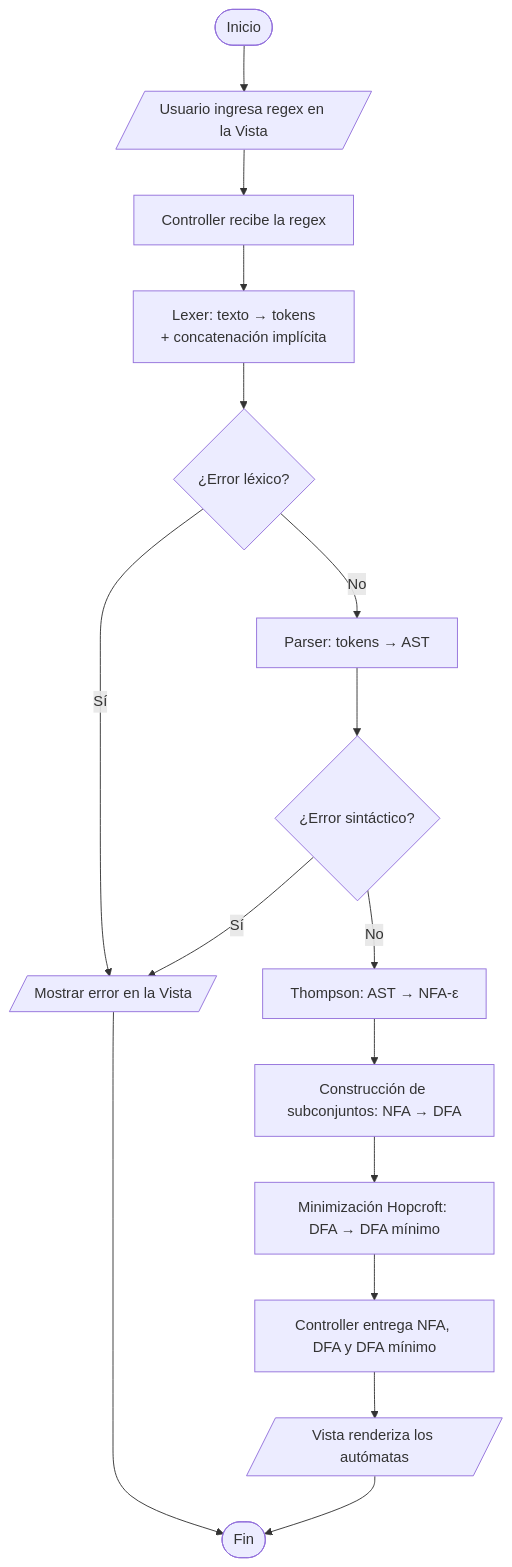
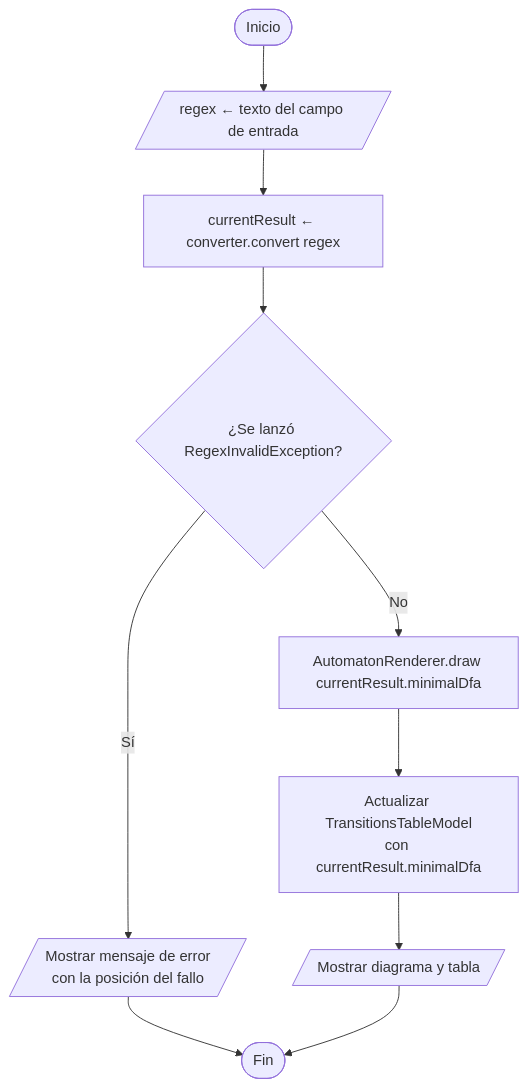
Before and after one commit to Leosanlo30/RegEx-to-DFA-Visualizer: the first of 2 diagrams in docs/diagramas/00-pipeline.md, drawn with Mermaid. The commit also changed other lines of this file and 10 other files, not shown here.

Commit message:
docs: alinear diagramas de flujo con UML.md y REQUIREMENTS.md

````diff
--- a/docs/diagramas/00-pipeline.md
+++ b/docs/diagramas/00-pipeline.md
@@ -5,18 +8,12 @@
 ```mermaid
 flowchart TD
-    A([Inicio]) --> B[/Usuario ingresa regex en la Vista/]
-    B --> C[Controller recibe la regex]
-    C --> D[Lexer: texto → tokens<br/>+ concatenación implícita]
-    D --> E{¿Error léxico?}
-    E -- Sí --> X[/Mostrar error en la Vista/]
-    E -- No --> F[Parser: tokens → AST]
-    F --> G{¿Error sintáctico?}
-    G -- Sí --> X
-    G -- No --> H[Thompson: AST → NFA-ε]
-    H --> I[Construcción de subconjuntos: NFA → DFA]
-    I --> J[Minimización Hopcroft: DFA → DFA mínimo]
-    J --> K[Controller entrega NFA, DFA y DFA mínimo]
-    K --> L[/Vista renderiza los autómatas/]
-    L --> M([Fin])
-    X --> M
+    A([Inicio]) --> B[/regex ← texto del campo de entrada/]
+    B --> C[currentResult ← converter.convert regex]
+    C --> D{¿Se lanzó RegexInvalidException?}
+    D -- Sí --> E[/Mostrar mensaje de error<br/>con la posición del fallo/]
+    D -- No --> F[AutomatonRenderer.draw currentResult.minimalDfa]
+    F --> G[Actualizar TransitionsTableModel<br/>con currentResult.minimalDfa]
+    G --> H[/Mostrar diagrama y tabla/]
+    E --> Z([Fin])
+    H --> Z
 ```
````
